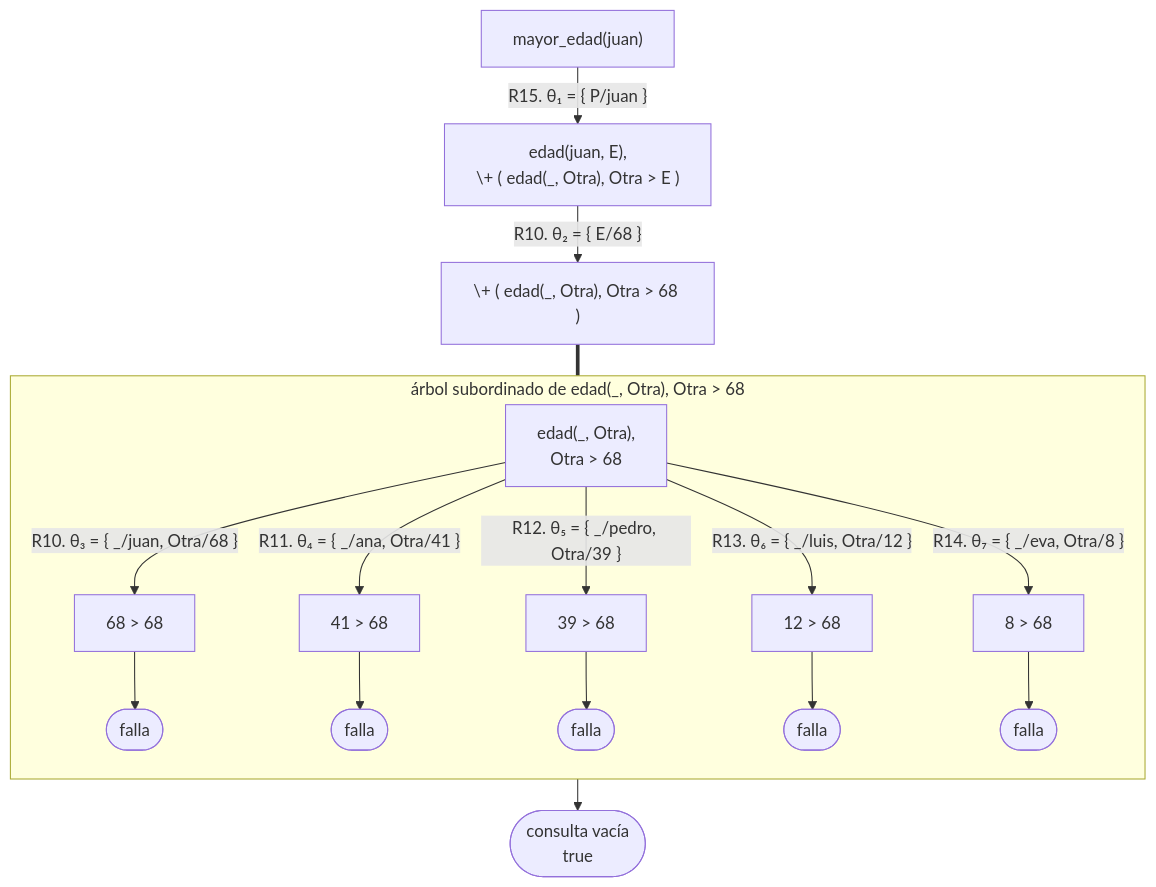
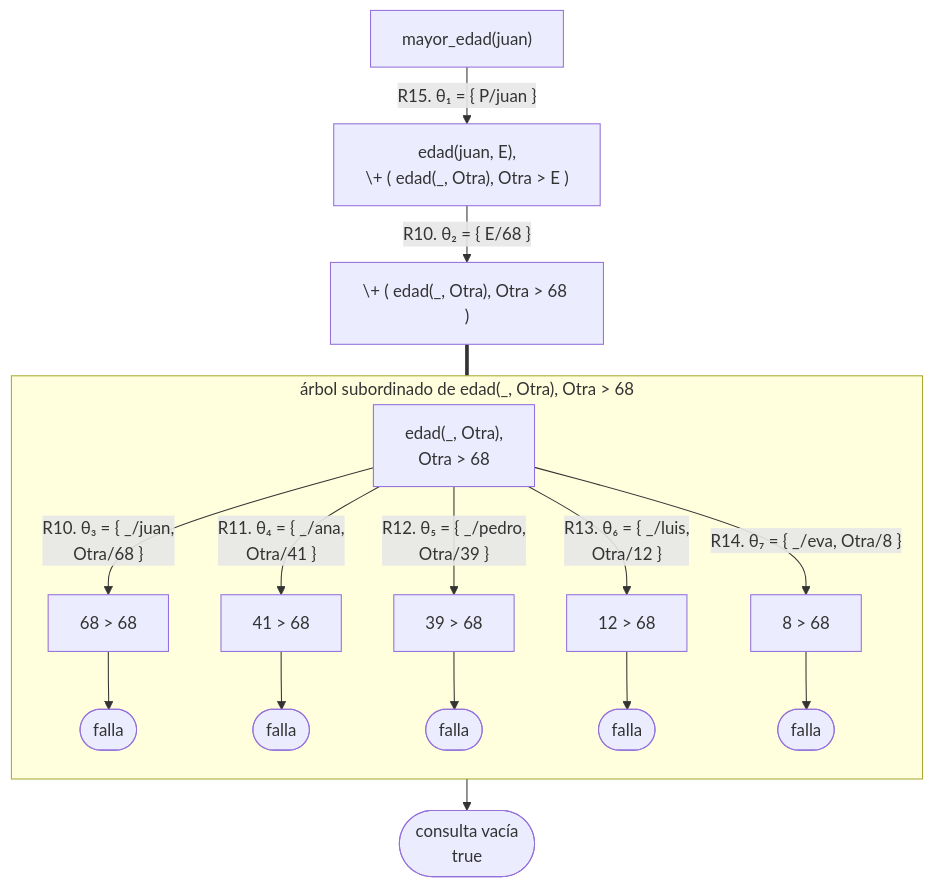
The fifth of 8 diagrams in docs/capitulo-10-negacion-como-falla/index.md (CesarBallardini/curso-de-prolog), drawn with Mermaid before and after one commit. The commit also changed other lines of this file and 24 other files, not shown here.

First line of the commit message:
feat(docs): botones para ocultar las columnas laterales y etiquetas cortas en los diagramas

````diff
--- a/docs/capitulo-10-negacion-como-falla/index.md
+++ b/docs/capitulo-10-negacion-como-falla/index.md
@@ -531,22 +531,22 @@
 ```mermaid
 %%{init: {"flowchart": {"rankSpacing": 30}}}%%
 flowchart TD
     A["mayor_edad(juan)"] -- "R15. θ₁ = {&nbsp;P/juan&nbsp;}" --> B["edad(juan, E),<br/>\+ ( edad(_, Otra), Otra > E )"]
     B -- "R10. θ₂ = {&nbsp;E/68&nbsp;}" --> C["\+ ( edad(_, Otra), Otra > 68 )"]
     C === s
     subgraph s ["árbol subordinado de edad(_, Otra), Otra > 68"]
         direction TB
         D["edad(_, Otra),<br/>Otra > 68"]
-        D -- "R10. θ₃ = {&nbsp;_/juan, Otra/68&nbsp;}" --> D1["68 > 68"]
+        D -- "R10. θ₃ = {&nbsp;_/juan,<br/>Otra/68&nbsp;}" --> D1["68 > 68"]
         D1 --> F1(["falla"])
-        D -- "R11. θ₄ = {&nbsp;_/ana, Otra/41&nbsp;}" --> D2["41 > 68"]
+        D -- "R11. θ₄ = {&nbsp;_/ana,<br/>Otra/41&nbsp;}" --> D2["41 > 68"]
         D2 --> F2(["falla"])
-        D -- "R12. θ₅ = {&nbsp;_/pedro, Otra/39&nbsp;}" --> D3["39 > 68"]
+        D -- "R12. θ₅ = {&nbsp;_/pedro,<br/>Otra/39&nbsp;}" --> D3["39 > 68"]
         D3 --> F3(["falla"])
-        D -- "R13. θ₆ = {&nbsp;_/luis, Otra/12&nbsp;}" --> D4["12 > 68"]
+        D -- "R13. θ₆ = {&nbsp;_/luis,<br/>Otra/12&nbsp;}" --> D4["12 > 68"]
         D4 --> F4(["falla"])
         D -- "R14. θ₇ = {&nbsp;_/eva, Otra/8&nbsp;}" --> D5["8 > 68"]
         D5 --> F5(["falla"])
     end
     s --> S(["consulta vacía<br/>true"])
 ```
````
